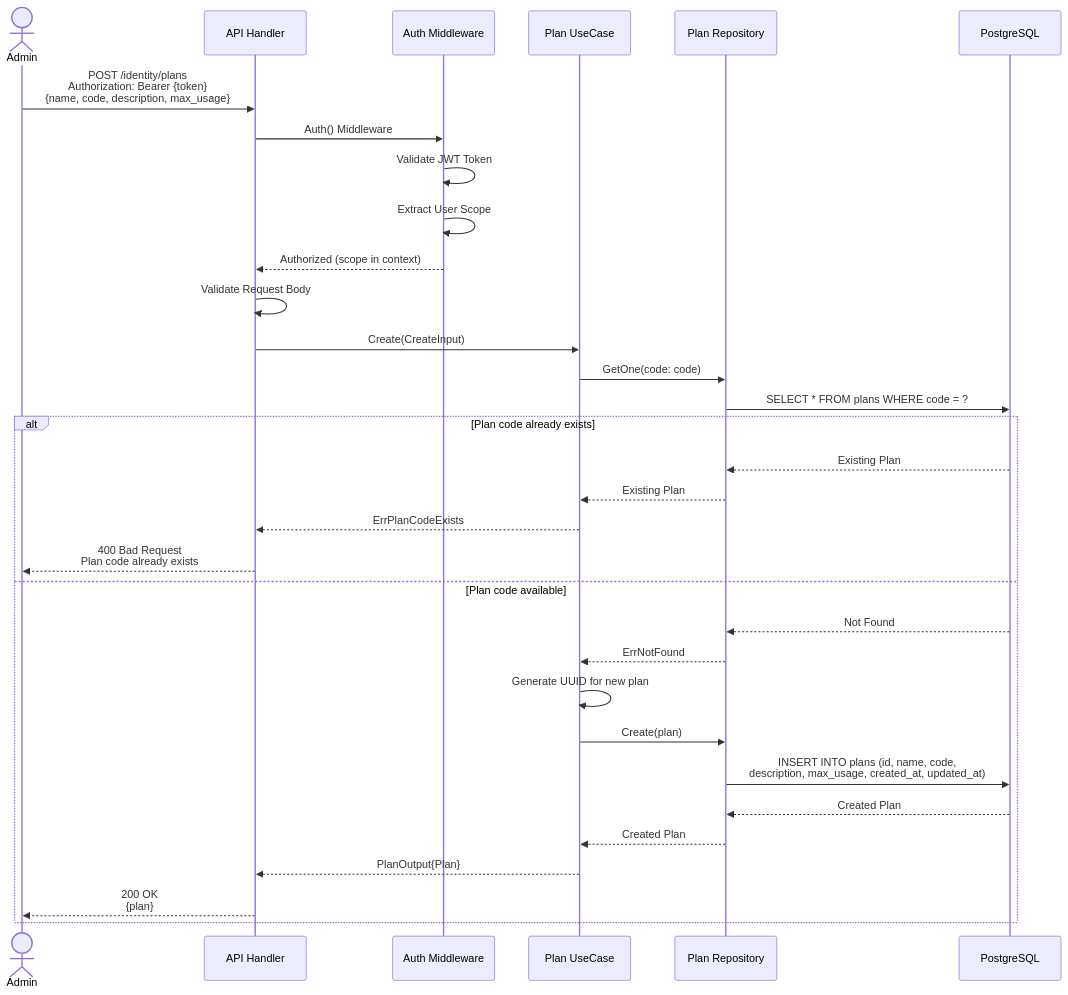
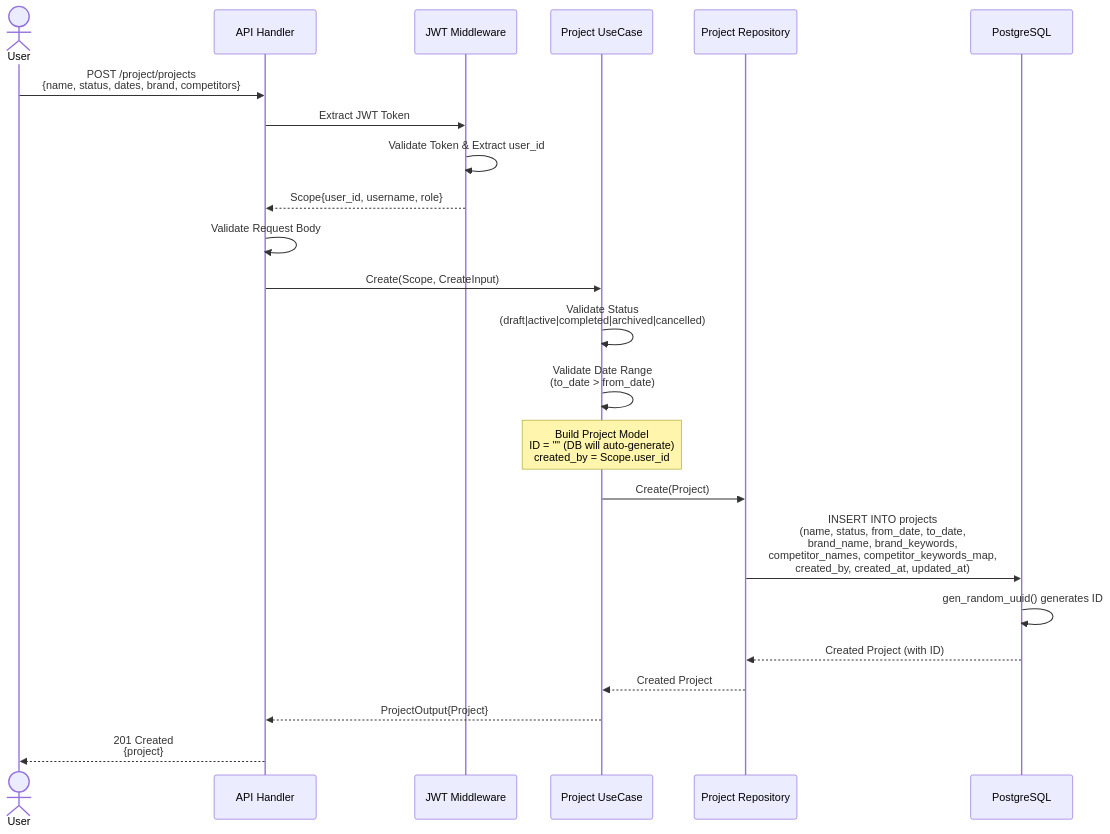
One commit to smap-hcmut/identity-srv changed the first of 6 diagrams in project/document/api.md. Above: the diagram before and after it, drawn with Mermaid. The commit also changed other lines of this file and 33 other files, not shown here.

````diff
--- a/project/document/api.md
+++ b/project/document/api.md
@@ -309,39 +22,31 @@
 ```mermaid
 sequenceDiagram
-    actor Admin
+    actor User
     participant API as API Handler
-    participant MW as Auth Middleware
-    participant PlanUC as Plan UseCase
-    participant PlanRepo as Plan Repository
+    participant MW as JWT Middleware
+    participant ProjUC as Project UseCase
+    participant ProjRepo as Project Repository
     participant DB as PostgreSQL
 
-    Admin->>API: POST /identity/plans<br/>Authorization: Bearer {token}<br/>{name, code, description, max_usage}
-    API->>MW: Auth() Middleware
-    MW->>MW: Validate JWT Token
-    MW->>MW: Extract User Scope
-    MW-->>API: Authorized (scope in context)
-    
+    User->>API: POST /project/projects<br/>{name, status, dates, brand, competitors}
+    API->>MW: Extract JWT Token
+    MW->>MW: Validate Token & Extract user_id
+    MW-->>API: Scope{user_id, username, role}
+
     API->>API: Validate Request Body
-    API->>PlanUC: Create(CreateInput)
-    
-    PlanUC->>PlanRepo: GetOne(code: code)
-    PlanRepo->>DB: SELECT * FROM plans WHERE code = ?
-    
-    alt Plan code already exists
-        DB-->>PlanRepo: Existing Plan
-        PlanRepo-->>PlanUC: Existing Plan
-        PlanUC-->>API: ErrPlanCodeExists
-        API-->>Admin: 400 Bad Request<br/>Plan code already exists
-    else Plan code available
-        DB-->>PlanRepo: Not Found
-        PlanRepo-->>PlanUC: ErrNotFound
-        
-        PlanUC->>PlanUC: Generate UUID for new plan
-        PlanUC->>PlanRepo: Create(plan)
-        PlanRepo->>DB: INSERT INTO plans (id, name, code,<br/>description, max_usage, created_at, updated_at)
-        DB-->>PlanRepo: Created Plan
-        PlanRepo-->>PlanUC: Created Plan
-        PlanUC-->>API: PlanOutput{Plan}
-        API-->>Admin: 200 OK<br/>{plan}
-    end
+    API->>ProjUC: Create(Scope, CreateInput)
+
+    ProjUC->>ProjUC: Validate Status<br/>(draft|active|completed|archived|cancelled)
+    ProjUC->>ProjUC: Validate Date Range<br/>(to_date > from_date)
+
+    Note over ProjUC: Build Project Model<br/>ID = "" (DB will auto-generate)<br/>created_by = Scope.user_id
+
+    ProjUC->>ProjRepo: Create(Project)
+    ProjRepo->>DB: INSERT INTO projects<br/>(name, status, from_date, to_date,<br/>brand_name, brand_keywords,<br/>competitor_names, competitor_keywords_map,<br/>created_by, created_at, updated_at)
+    DB->>DB: gen_random_uuid() generates ID
+    DB-->>ProjRepo: Created Project (with ID)
+    ProjRepo-->>ProjUC: Created Project
+
+    ProjUC-->>API: ProjectOutput{Project}
+    API-->>User: 201 Created<br/>{project}
 ```
````
